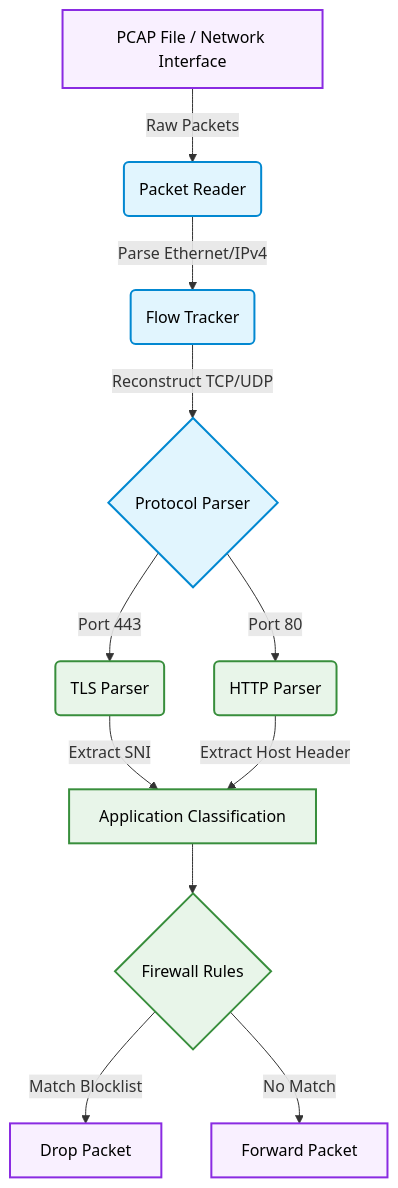
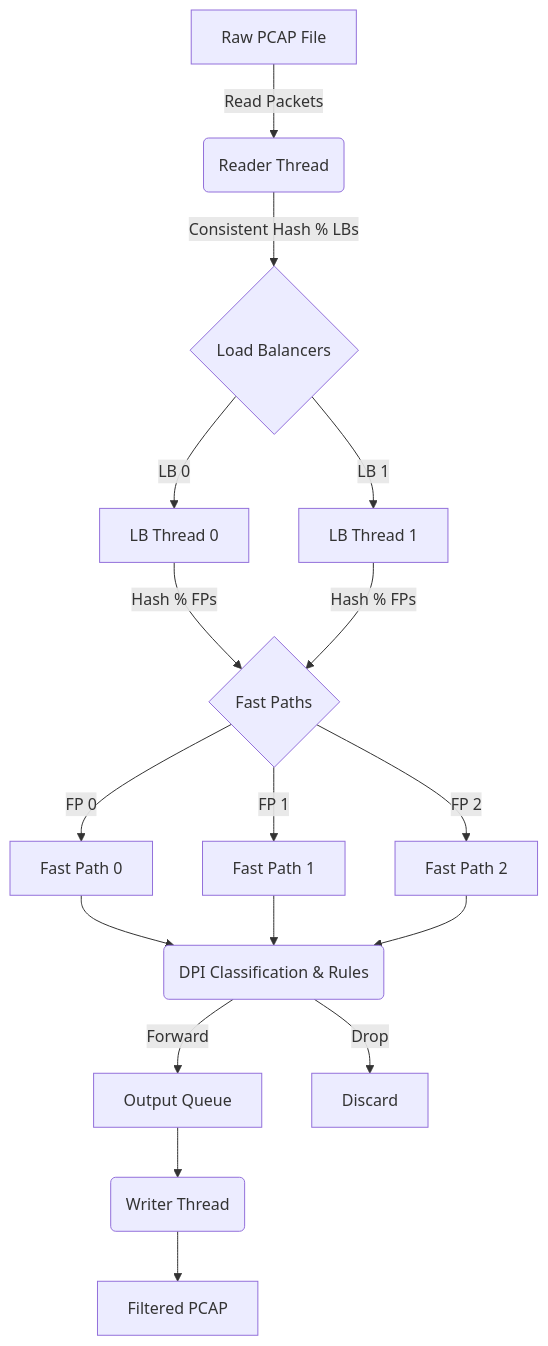
One commit to Shashank17singh/DPI-Engine changed the diagram in README.md. Above: the diagram before and after it, drawn with Mermaid. The commit also changed other lines of this file, not shown here.

````diff
--- a/README.md
+++ b/README.md
@@ -219,24 +42,24 @@
 ```mermaid
 graph TD
-    A[PCAP File / Network Interface] -->|Raw Packets| B(Packet Reader)
-    B -->|Parse Ethernet/IPv4| C(Flow Tracker)
-    C -->|Reconstruct TCP/UDP| D{Protocol Parser}
+    A[Raw PCAP File] -->|Read Packets| B(Reader Thread)
+    B -->|Consistent Hash % LBs| C{Load Balancers}
     
-    D -->|Port 443| E(TLS Parser)
-    E -->|Extract SNI| F[Application Classification]
+    C -->|LB 0| D[LB Thread 0]
+    C -->|LB 1| E[LB Thread 1]
     
-    D -->|Port 80| G(HTTP Parser)
-    G -->|Extract Host Header| F
+    D -->|Hash % FPs| F{Fast Paths}
+    E -->|Hash % FPs| F
     
-    F --> H{Firewall Rules}
-    H -->|Match Blocklist| I[Drop Packet]
-    H -->|No Match| J[Forward Packet]
+    F -->|FP 0| G[Fast Path 0]
+    F -->|FP 1| H[Fast Path 1]
+    F -->|FP 2| I[Fast Path 2]
     
-    classDef io fill:#f9f0ff,stroke:#8a2be2,stroke-width:2px,color:#000;
-    classDef core fill:#e1f5fe,stroke:#0288d1,stroke-width:2px,color:#000;
-    classDef logic fill:#e8f5e9,stroke:#388e3c,stroke-width:2px,color:#000;
+    G --> J(DPI Classification & Rules)
+    H --> J
+    I --> J
     
-    class A,I,J io;
-    class B,C,D core;
-    class E,G,F,H logic;
+    J -->|Forward| K[Output Queue]
+    J -->|Drop| L[Discard]
+    
+    K --> M(Writer Thread) --> N[Filtered PCAP]
 ```
````
